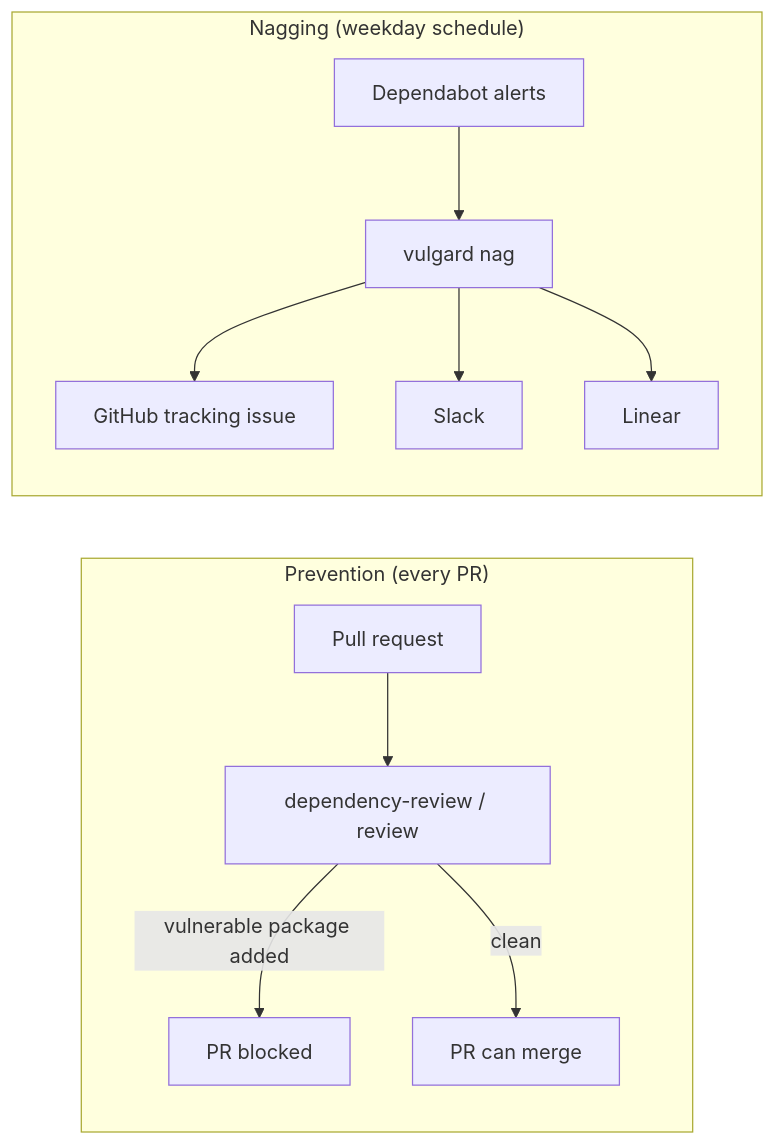
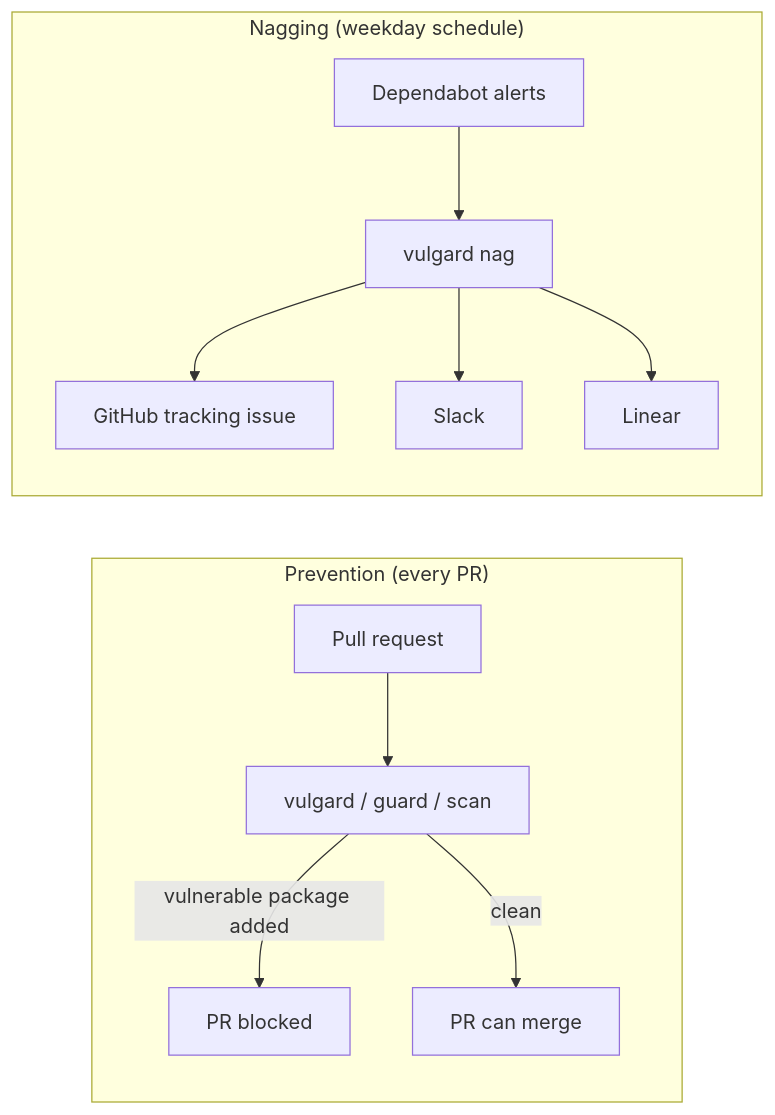
The diagram in docs/how-it-works.md (dream-lab-ai/vulgard), drawn with Mermaid before and after one commit. The commit also changed other lines of this file and 16 other files, not shown here.

````diff
--- a/docs/how-it-works.md
+++ b/docs/how-it-works.md
@@ -56,14 +56,14 @@
 ```mermaid
 flowchart LR
     subgraph prevention["Prevention (every PR)"]
-        PR[Pull request] --> Check["dependency-review / review"]
+        PR[Pull request] --> Check["vulgard / guard / scan"]
         Check -->|vulnerable package added| Block[PR blocked]
         Check -->|clean| Merge[PR can merge]
     end
     subgraph nagging["Nagging (weekday schedule)"]
         Alerts[Dependabot alerts] --> Nag[vulgard nag]
         Nag --> Issue[GitHub tracking issue]
         Nag --> Slack[Slack]
         Nag --> Linear[Linear]
     end
 ```
````
